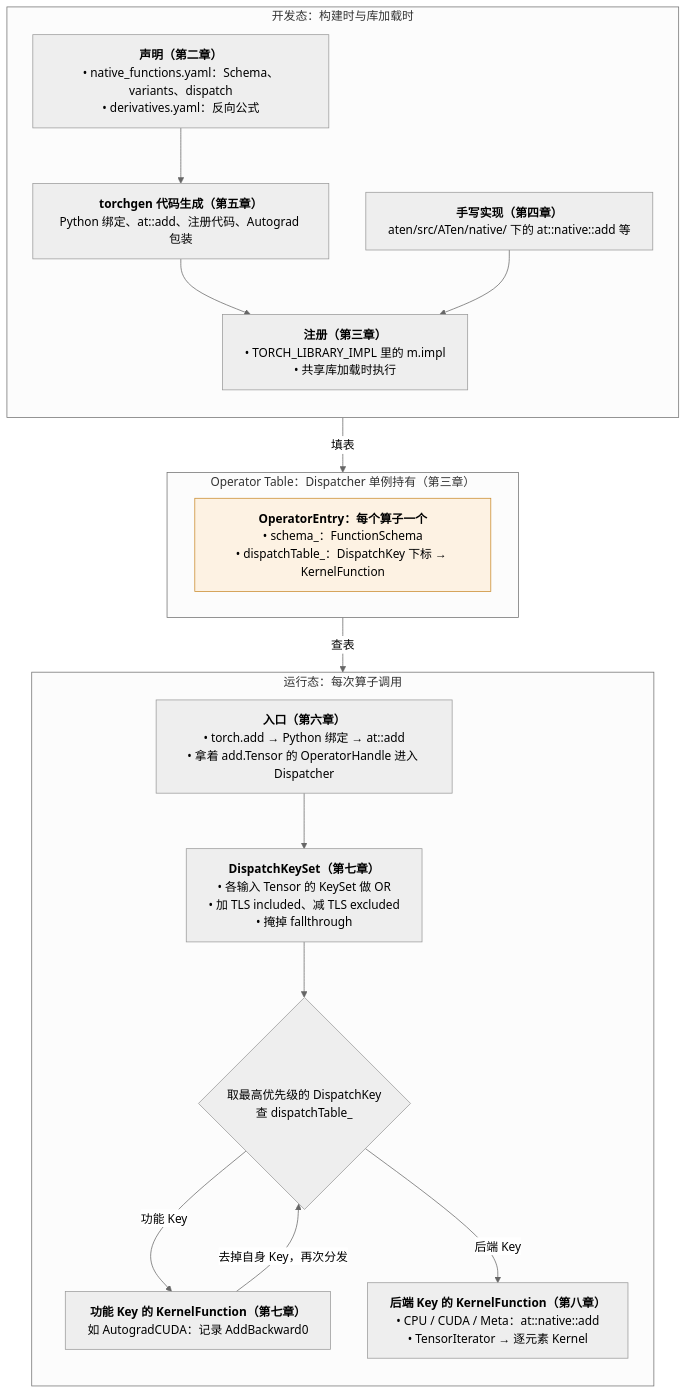
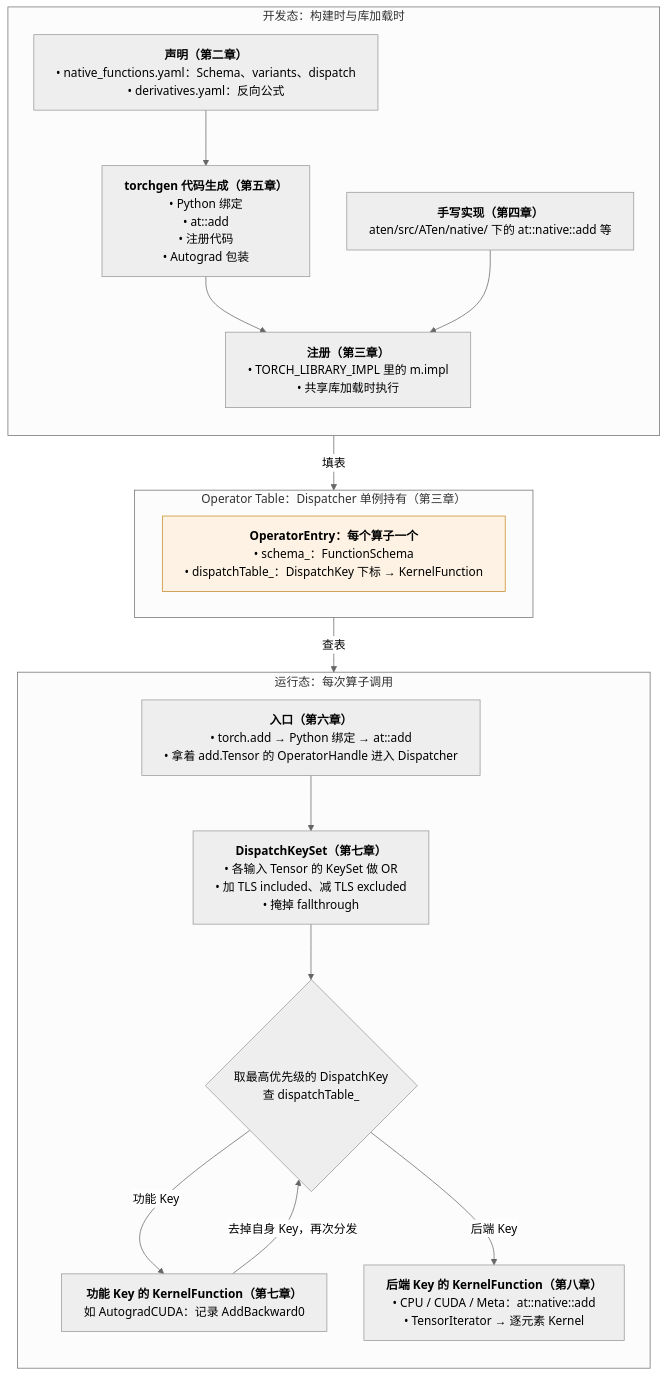
Before and after one commit to arganzheng/arganzheng.github.com: the first of 6 diagrams in _posts/2026-02-21-pytorch-dispatcher-and-operator-system.md, drawn with Mermaid (neutral theme). The commit also changed other lines of this file and 9 other files, not shown here.

First line of the commit message:
PyTorch 系列其余 9 篇：流程图方框改成「标题 + 列表」

````diff
--- a/_posts/2026-02-21-pytorch-dispatcher-and-operator-system.md
+++ b/_posts/2026-02-21-pytorch-dispatcher-and-operator-system.md
@@ -29,33 +29,33 @@
 ```mermaid
-%%{init: {"flowchart": {"wrappingWidth": 340}}}%%
+%%{init: {"flowchart": {"wrappingWidth": 540}}}%%
 %% 图：算子系统总览：开发态经 torchgen 把实现填进 OperatorEntry，运行态用 DispatchKeySet 从同一张表里查出 KernelFunction
 flowchart TB
     subgraph DEV["开发态：构建时与库加载时"]
         direction TB
         DECL["<b>声明（第二章）</b><br/>• native_functions.yaml：Schema、variants、dispatch<br/>• derivatives.yaml：反向公式"]
-        TG["<b>torchgen 代码生成（第五章）</b><br/>Python 绑定、at::add、注册代码、Autograd 包装"]
+        TG["<b>torchgen 代码生成（第五章）</b><br/>• Python 绑定<br/>• at::add<br/>• 注册代码<br/>• Autograd 包装"]
         IMPL["<b>手写实现（第四章）</b><br/>aten/src/ATen/native/ 下的 at::native::add 等"]
         REG["<b>注册（第三章）</b><br/>• TORCH_LIBRARY_IMPL 里的 m.impl<br/>• 共享库加载时执行"]
         DECL --> TG --> REG
         IMPL --> REG
     end
     subgraph TABLE["Operator Table：Dispatcher 单例持有（第三章）"]
         OE["<b>OperatorEntry：每个算子一个</b><br/>• schema_：FunctionSchema<br/>• dispatchTable_：DispatchKey 下标 → KernelFunction"]
     end
     subgraph RUN["运行态：每次算子调用"]
         direction TB
         ENTRY["<b>入口（第六章）</b><br/>• torch.add → Python 绑定 → at::add<br/>• 拿着 add.Tensor 的 OperatorHandle 进入 Dispatcher"]
         KS["<b>DispatchKeySet（第七章）</b><br/>• 各输入 Tensor 的 KeySet 做 OR<br/>• 加 TLS included、减 TLS excluded<br/>• 掩掉 fallthrough"]
         PICK{"取最高优先级的 DispatchKey<br/>查 dispatchTable_"}
         WRAP["<b>功能 Key 的 KernelFunction（第七章）</b><br/>如 AutogradCUDA：记录 AddBackward0"]
         BACK["<b>后端 Key 的 KernelFunction（第八章）</b><br/>• CPU / CUDA / Meta：at::native::add<br/>• TensorIterator → 逐元素 Kernel"]
         ENTRY --> KS --> PICK
         PICK -- "功能 Key" --> WRAP
         WRAP -- "去掉自身 Key，再次分发" --> PICK
         PICK -- "后端 Key" --> BACK
     end
     DEV -- "填表" --> TABLE
     TABLE -- "查表" --> RUN
     classDef table fill:#fdf2e3,stroke:#c98a2b;
     class OE table;
 ```
````
